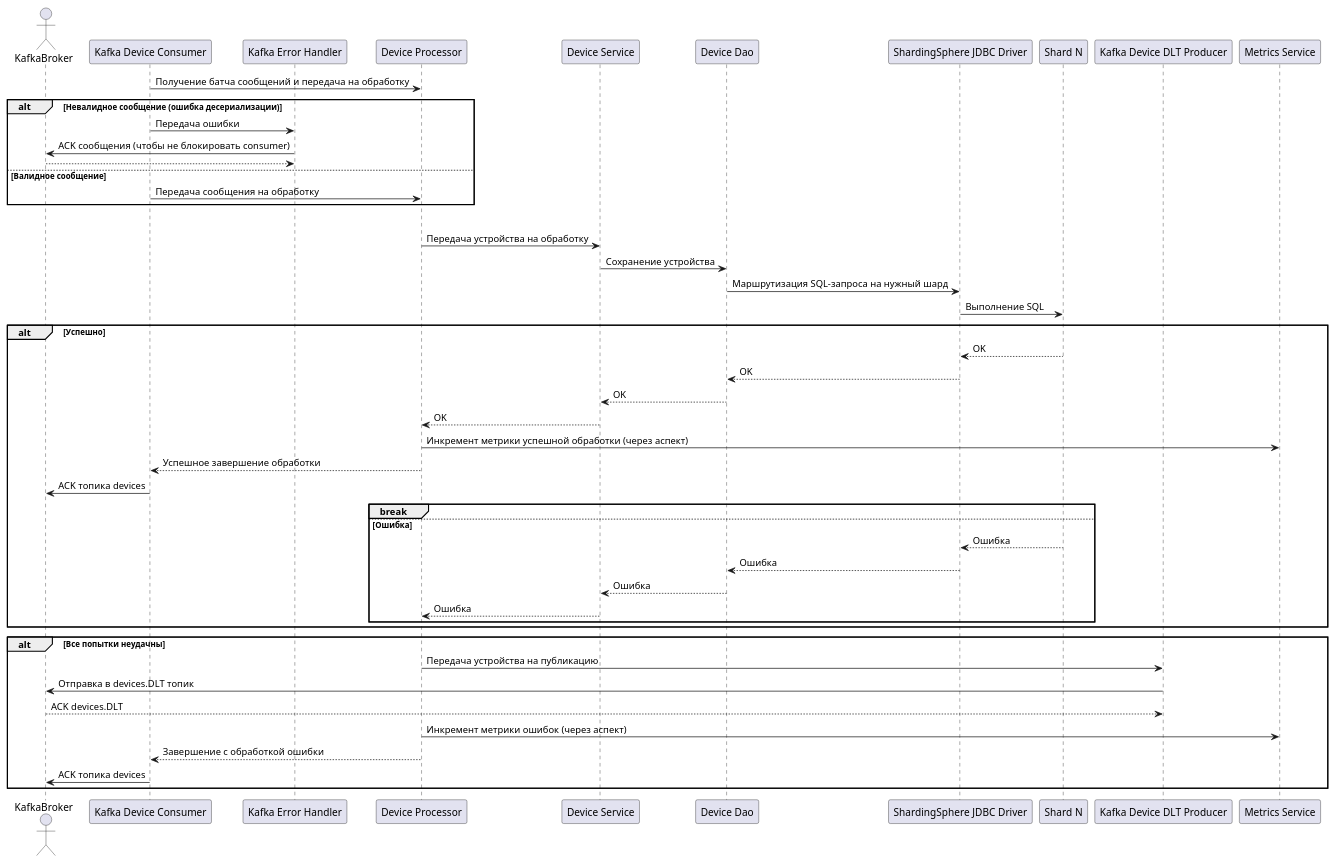
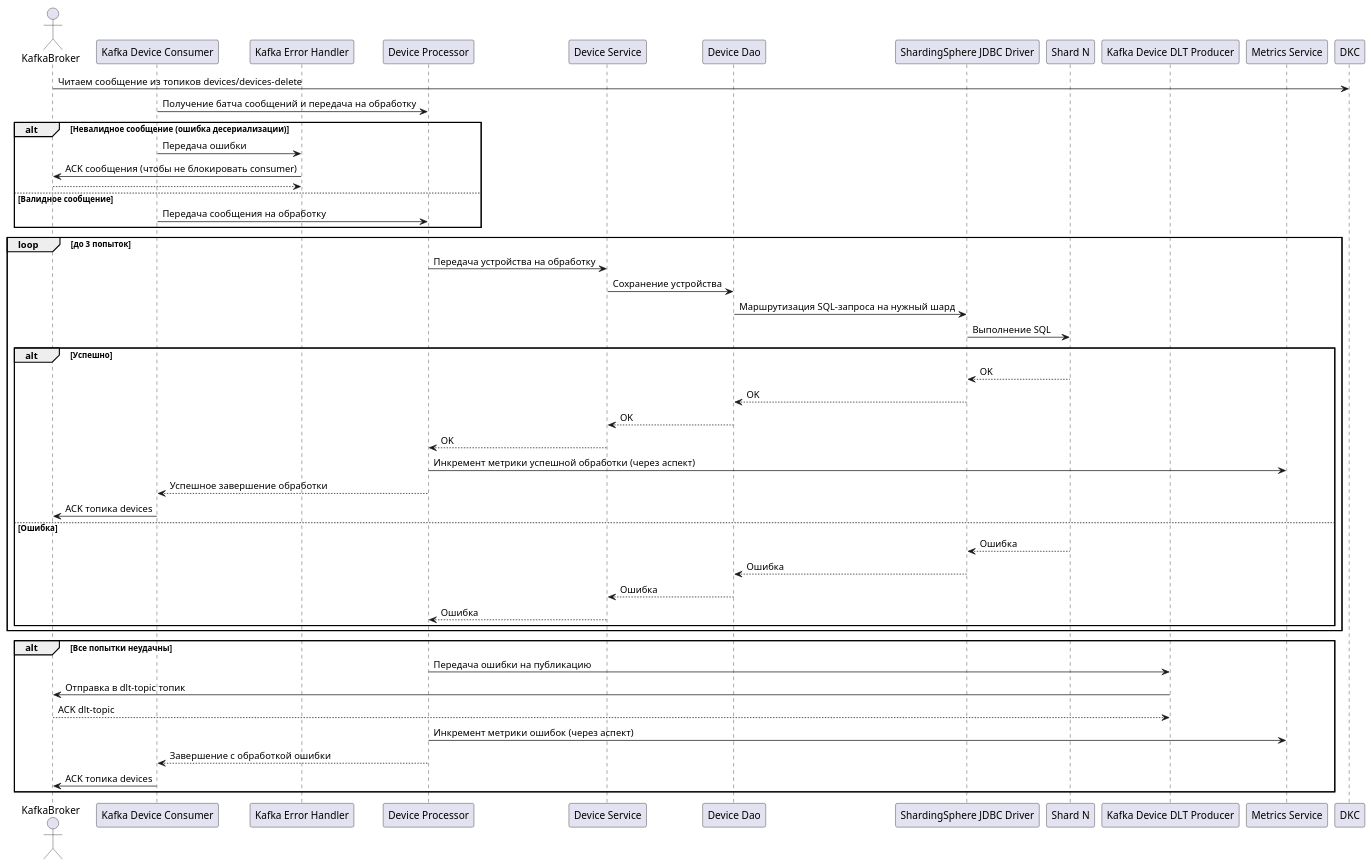
The diagram in device-collector/diagrams/sequence.puml (SinglePlayer56/iot), drawn with PlantUML before and after one commit. The commit also changed 8 other files, not shown here.

Commit message:
Add failed-events-processor diagrams. Update event-collector diagrams. Update device-collector digrams.

```diff
--- a/device-collector/diagrams/sequence.puml
+++ b/device-collector/diagrams/sequence.puml
@@ -1,53 +1,53 @@
 @startuml
 actor KafkaBroker
 participant "Kafka Device Consumer" as KDC
 participant "Kafka Error Handler" as KEH
 participant "Device Processor" as DP
 participant "Device Service" as DCS
 participant "Device Dao" as DCR
 participant "ShardingSphere JDBC Driver" as SSJ
 participant "Shard N" as S
 participant "Kafka Device DLT Producer" as DLT
 participant "Metrics Service" as MS
 
+KafkaBroker -> DKC: Читаем сообщение из топиков devices/devices-delete
 KDC -> DP : Получение батча сообщений и передача на обработку
 
 alt Невалидное сообщение (ошибка десериализации)
     KDC -> KEH : Передача ошибки
     KEH -> KafkaBroker : ACK сообщения (чтобы не блокировать consumer)
     return
 else Валидное сообщение
     KDC -> DP : Передача сообщения на обработку
 end
 
 loop до 3 попыток
     DP -> DCS : Передача устройства на обработку
     DCS -> DCR : Сохранение устройства
     DCR -> SSJ : Маршрутизация SQL-запроса на нужный шард
     SSJ -> S : Выполнение SQL
     alt Успешно
         S --> SSJ : OK
         SSJ --> DCR : OK
         DCR --> DCS : OK
         DCS --> DP : OK
         DP -> MS : Инкремент метрики успешной обработки (через аспект)
         DP --> KDC : Успешное завершение обработки
         KDC -> KafkaBroker : ACK топика devices
-        break
     else Ошибка
         S --> SSJ : Ошибка
         SSJ --> DCR : Ошибка
         DCR --> DCS : Ошибка
         DCS --> DP : Ошибка
     end
 end
 
 alt Все попытки неудачны
-    DP -> DLT : Передача устройства на публикацию
-    DLT -> KafkaBroker : Отправка в devices.DLT топик
-    KafkaBroker --> DLT : ACK devices.DLT
+    DP -> DLT : Передача ошибки на публикацию
+    DLT -> KafkaBroker : Отправка в dlt-topic топик
+    KafkaBroker --> DLT : ACK dlt-topic
     DP -> MS : Инкремент метрики ошибок (через аспект)
     DP --> KDC : Завершение с обработкой ошибки
     KDC -> KafkaBroker : ACK топика devices
 end
 @enduml
```
